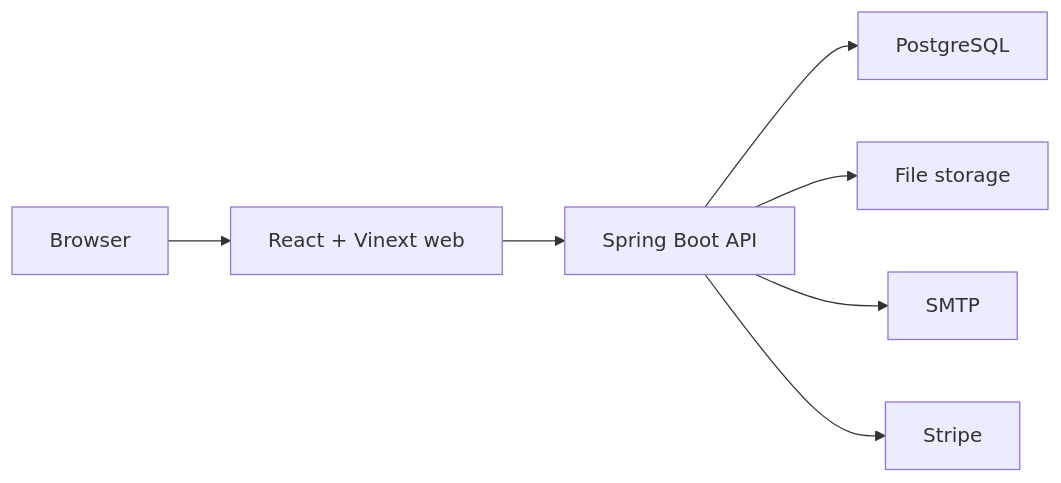
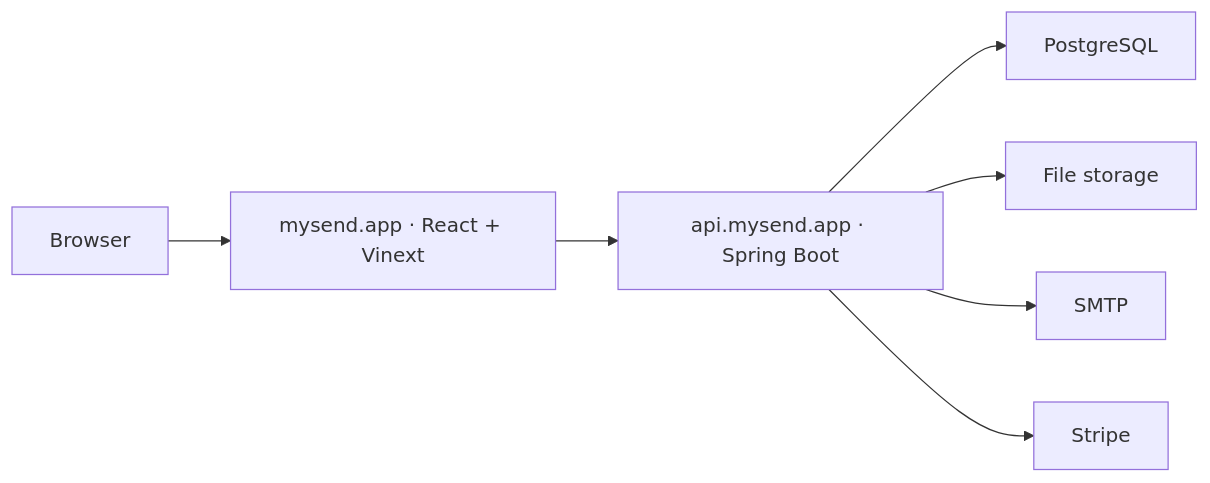
One commit to alan746/MySend changed the diagram in README.md. Above: the diagram before and after it, drawn with Mermaid. The commit also changed other lines of this file and 1 other file, not shown here.

````diff
--- a/README.md
+++ b/README.md
@@ -72,9 +72,9 @@
 ```mermaid
 flowchart LR
-    Browser["Browser"] --> Web["React + Vinext web"]
-    Web --> API["Spring Boot API"]
+    Browser["Browser"] --> Web["mysend.app · React + Vinext"]
+    Web --> API["api.mysend.app · Spring Boot"]
     API --> DB["PostgreSQL"]
     API --> Files["File storage"]
     API --> Mail["SMTP"]
     API --> Stripe["Stripe"]
 ```
````
